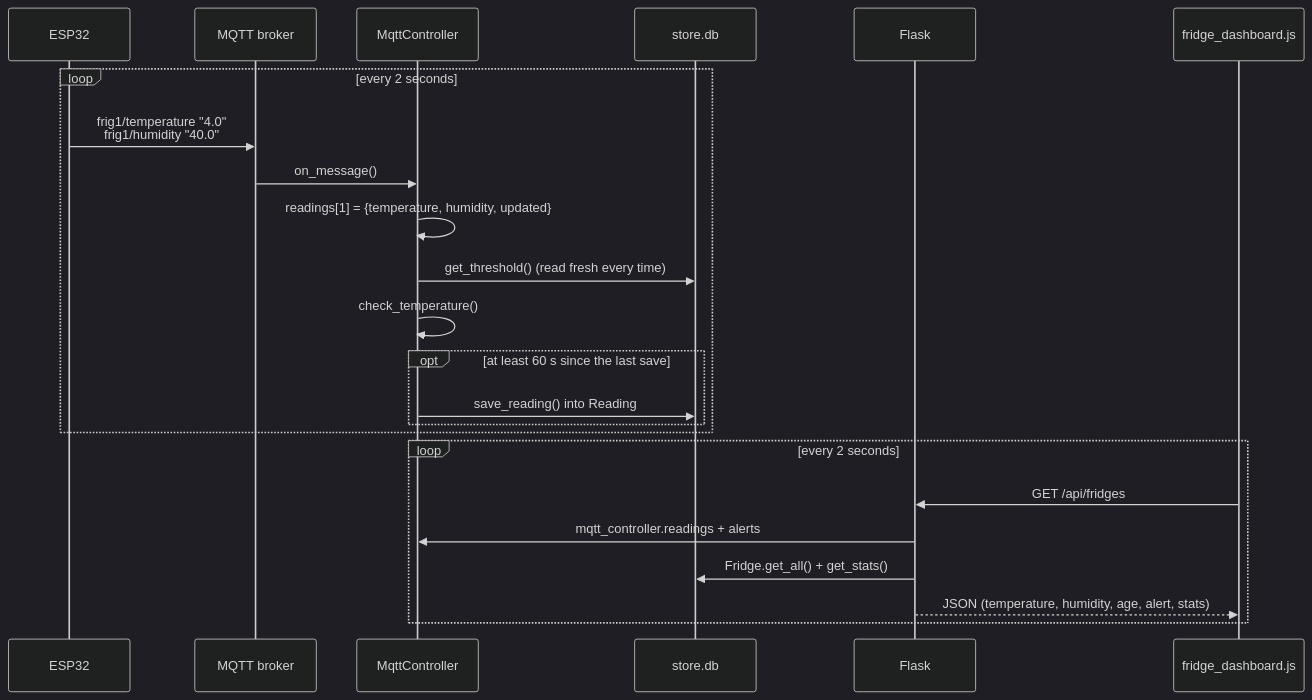
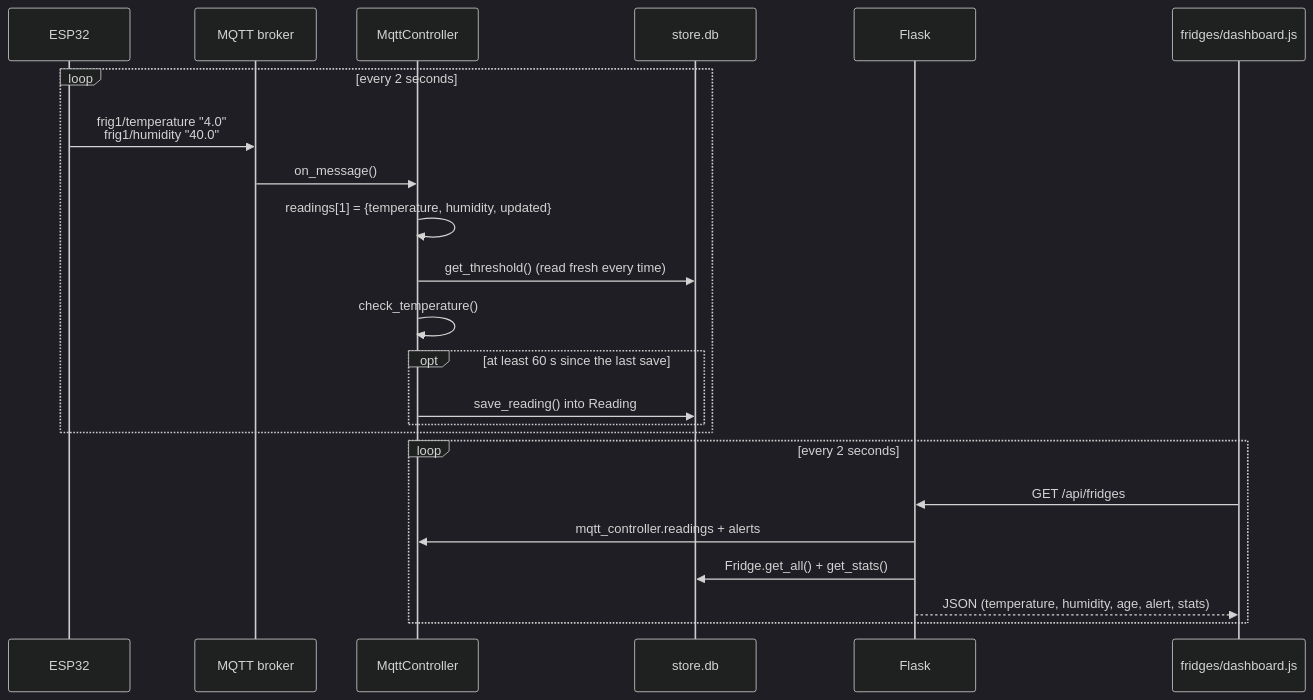
One commit to gvogas/IoT changed the sixth of 7 diagrams in docs/architecture.md. Above: the diagram before and after it, drawn with Mermaid (dark theme). The commit also changed other lines of this file and 92 other files, not shown here.

````diff
--- a/docs/architecture.md
+++ b/docs/architecture.md
@@ -104,27 +204,27 @@
 ```mermaid
 sequenceDiagram
     participant ESP as ESP32
     participant B as MQTT broker
     participant M as MqttController
     participant DB as store.db
     participant F as Flask
-    participant JS as fridge_dashboard.js
+    participant JS as fridges/dashboard.js
 
     loop every 2 seconds
         ESP->>B: frig1/temperature "4.0"<br/>frig1/humidity "40.0"
         B->>M: on_message()
         M->>M: readings[1] = {temperature, humidity, updated}
         M->>DB: get_threshold() (read fresh every time)
         M->>M: check_temperature()
         opt at least 60 s since the last save
             M->>DB: save_reading() into Reading
         end
     end
 
     loop every 2 seconds
         JS->>F: GET /api/fridges
         F->>M: mqtt_controller.readings + alerts
         F->>DB: Fridge.get_all() + get_stats()
         F-->>JS: JSON (temperature, humidity, age, alert, stats)
     end
 ```
````
